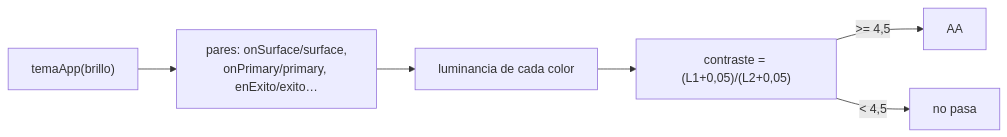
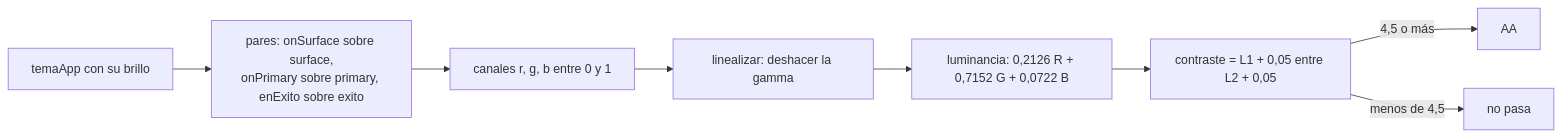
Before and after one commit to NICORUIZ93/The_Imperial_Book: the second of 4 diagrams in web/public/content/flutter/modulo-10.md, drawn with Mermaid. The commit also changed other lines of this file and 65 other files, not shown here.

````diff
--- a/web/public/content/flutter/modulo-10.md
+++ b/web/public/content/flutter/modulo-10.md
@@ -502,8 +633,10 @@
 ```mermaid
 flowchart LR
-    T["temaApp(brillo)"] --> P["pares: onSurface/surface,<br/>onPrimary/primary, enExito/exito…"]
-    P --> L["luminancia de cada color"]
-    L --> C["contraste = (L1+0,05)/(L2+0,05)"]
-    C -->|">= 4,5"| AA["AA"]
-    C -->|"< 4,5"| NO["no pasa"]
+    T["temaApp con su brillo"] --> P["pares: onSurface sobre surface,<br/>onPrimary sobre primary, enExito sobre exito"]
+    P --> R["canales r, g, b entre 0 y 1"]
+    R --> LN["linealizar: deshacer la gamma"]
+    LN --> L["luminancia: 0,2126 R + 0,7152 G + 0,0722 B"]
+    L --> C["contraste = L1 + 0,05 entre L2 + 0,05"]
+    C -->|"4,5 o más"| AA["AA"]
+    C -->|"menos de 4,5"| NO["no pasa"]
 ```
````
